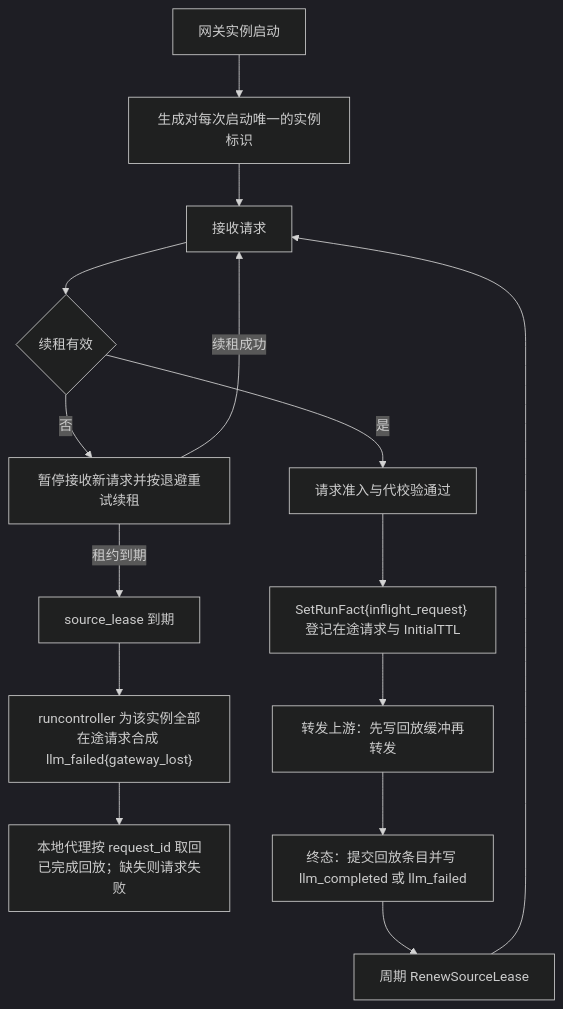
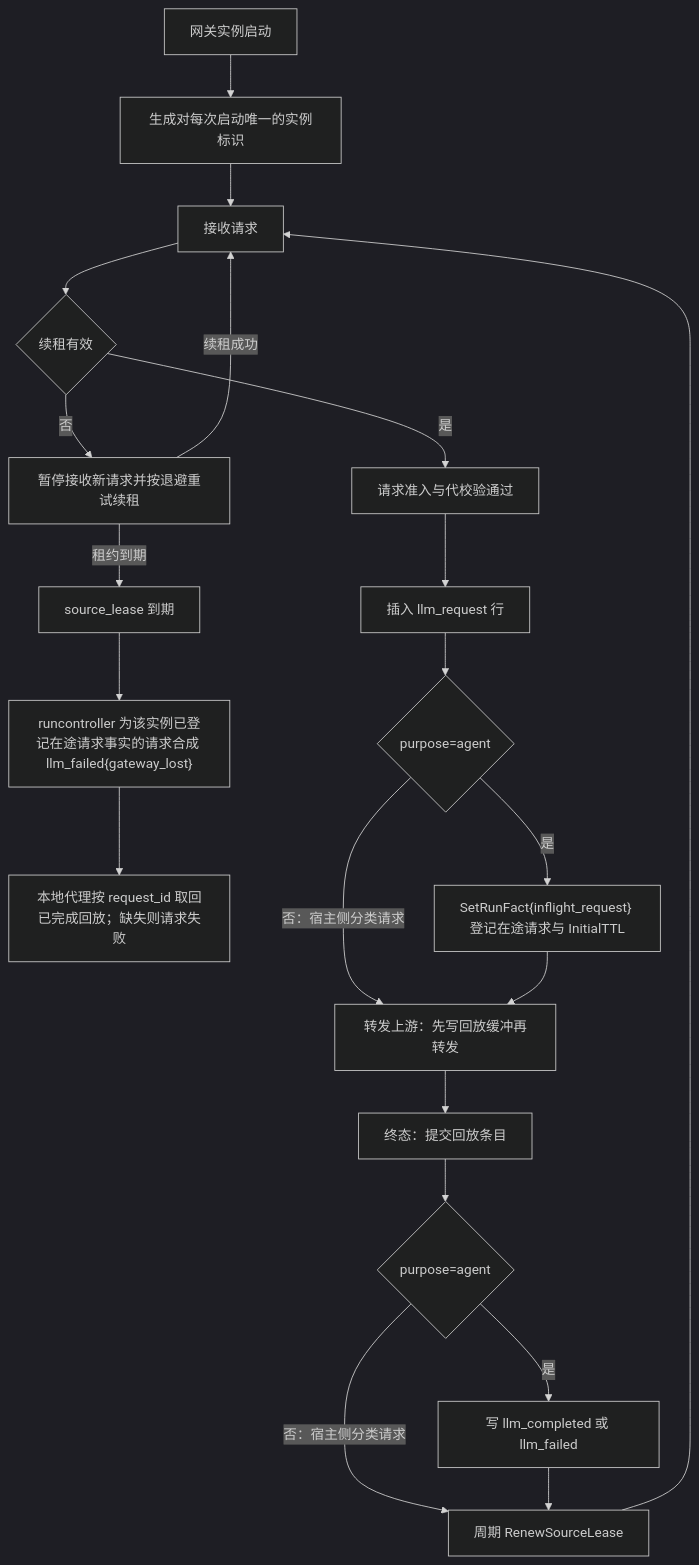
The third of 3 diagrams in docs/design/modules/design-llmgateway.md (wangzw/castworks), drawn with Mermaid (dark theme) before and after one commit. The commit also changed other lines of this file and 13 other files, not shown here.

````diff
--- a/docs/design/modules/design-llmgateway.md
+++ b/docs/design/modules/design-llmgateway.md
@@ -192,17 +200,23 @@
 ```mermaid
 flowchart TD
     A["网关实例启动"] --> B["生成对每次启动唯一的实例标识"]
     B --> C["接收请求"]
     C --> D{"续租有效"}
     D -- "否" --> E["暂停接收新请求并按退避重试续租"]
     E -->|"续租成功"| C
     E -->|"租约到期"| F["source_lease 到期"]
-    F --> G["runcontroller 为该实例全部在途请求合成 llm_failed{gateway_lost}"]
+    F --> G["runcontroller 为该实例已登记在途请求事实的请求合成 llm_failed{gateway_lost}"]
     G --> H["本地代理按 request_id 取回已完成回放；缺失则请求失败"]
     D -- "是" --> I["请求准入与代校验通过"]
-    I --> J["SetRunFact{inflight_request} 登记在途请求与 InitialTTL"]
+    I --> N["插入 llm_request 行"]
+    N --> O{"purpose=agent"}
+    O -- "是" --> J["SetRunFact{inflight_request} 登记在途请求与 InitialTTL"]
+    O -- "否：宿主侧分类请求" --> K
     J --> K["转发上游：先写回放缓冲再转发"]
-    K --> L["终态：提交回放条目并写 llm_completed 或 llm_failed"]
+    K --> P["终态：提交回放条目"]
+    P --> Q{"purpose=agent"}
+    Q -- "是" --> L["写 llm_completed 或 llm_failed"]
+    Q -- "否：宿主侧分类请求" --> M
     L --> M["周期 RenewSourceLease"]
     M --> C
 ```
````
